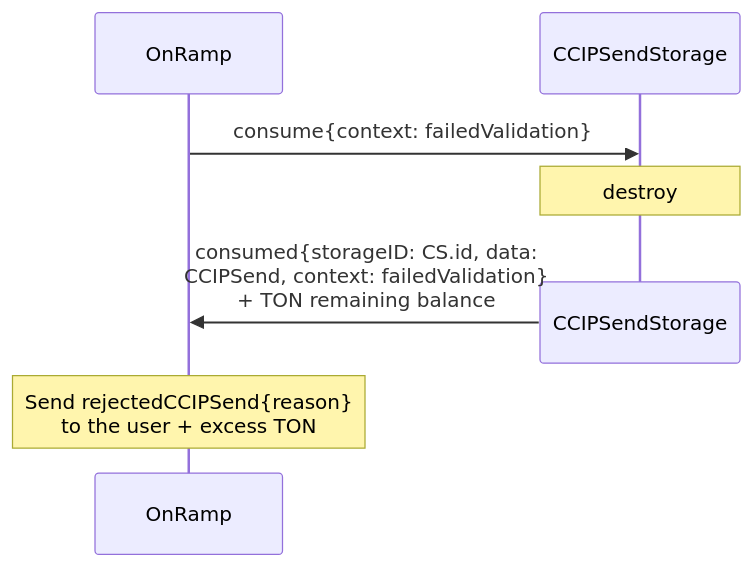
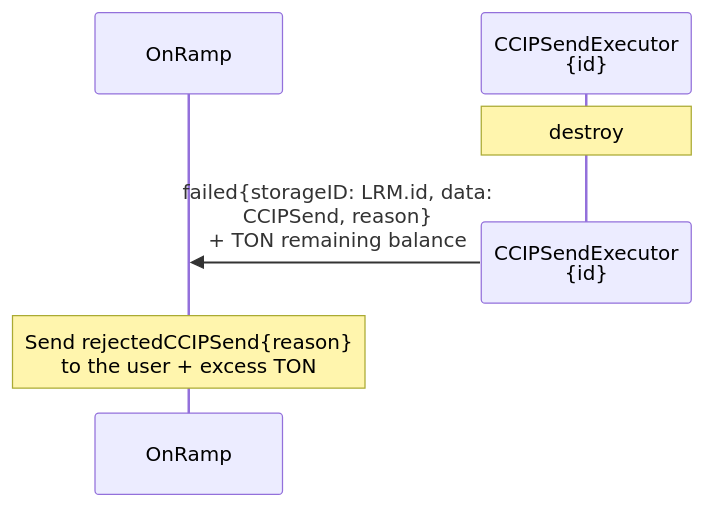
One commit to smartcontractkit/chainlink-ton changed the second of 2 diagrams in docs/contracts/ccip/flow/onramp/arbitrary-msg.md. Above: the diagram before and after it, drawn with Mermaid. The commit also changed other lines of this file and 1 other file, not shown here.

````diff
--- a/docs/contracts/ccip/flow/onramp/arbitrary-msg.md
+++ b/docs/contracts/ccip/flow/onramp/arbitrary-msg.md
@@ -51,10 +49,9 @@
 ```mermaid
 sequenceDiagram
     participant OR as OnRamp
-    participant CS as CCIPSendStorage
-    OR ->> CS: consume{context: failedValidation} 
-    Note over CS: destroy
-    destroy CS
-    CS ->> OR: consumed{storageID: CS.id, data:<br>CCIPSend, context: failedValidation}<br>+ TON remaining balance
+    participant LRM as CCIPSendExecutor<br>{id}
+    Note over LRM: destroy
+    destroy LRM
+    LRM ->> OR: failed{storageID: LRM.id, data:<br>CCIPSend, reason}<br>+ TON remaining balance
     Note over OR: Send rejectedCCIPSend{reason}<br>to the user + excess TON
 ```
````
